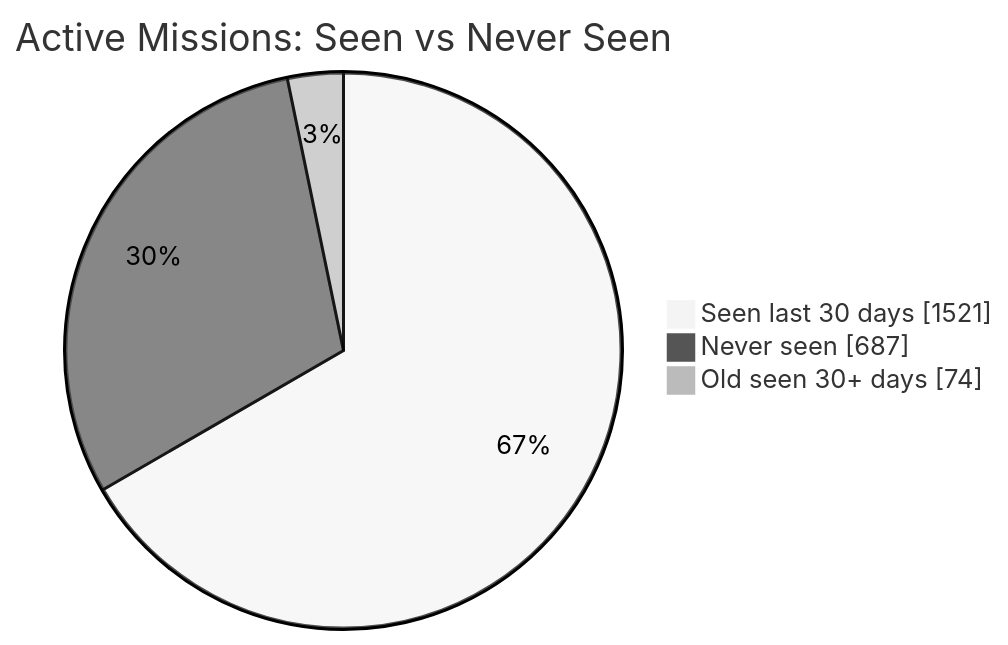
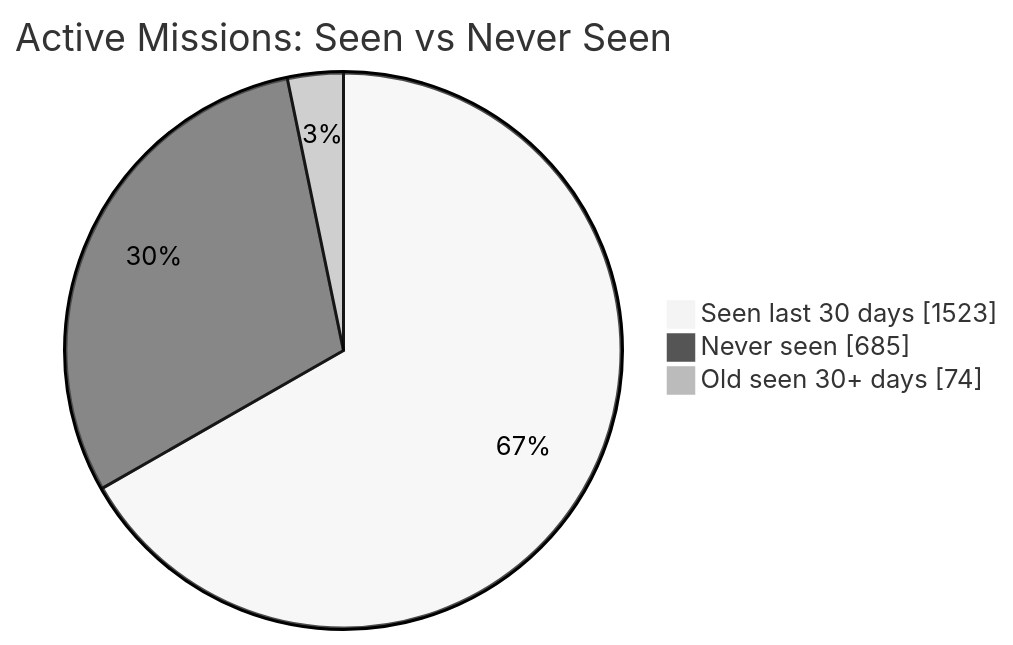
One commit to MeldkamerspelGameTeam/active-missions changed the first of 2 diagrams in README.md. Above: the diagram before and after it, drawn with Mermaid (neutral theme). The commit also changed other lines of this file and 2 other files, not shown here.

````diff
--- a/README.md
+++ b/README.md
@@ -34,7 +34,7 @@
 ```mermaid
 pie showData
     title Active Missions: Seen vs Never Seen
-    "Seen last 30 days" : 1521
-    "Never seen" : 687
+    "Seen last 30 days" : 1523
+    "Never seen" : 685
     "Old seen 30+ days" : 74
 ```
````
